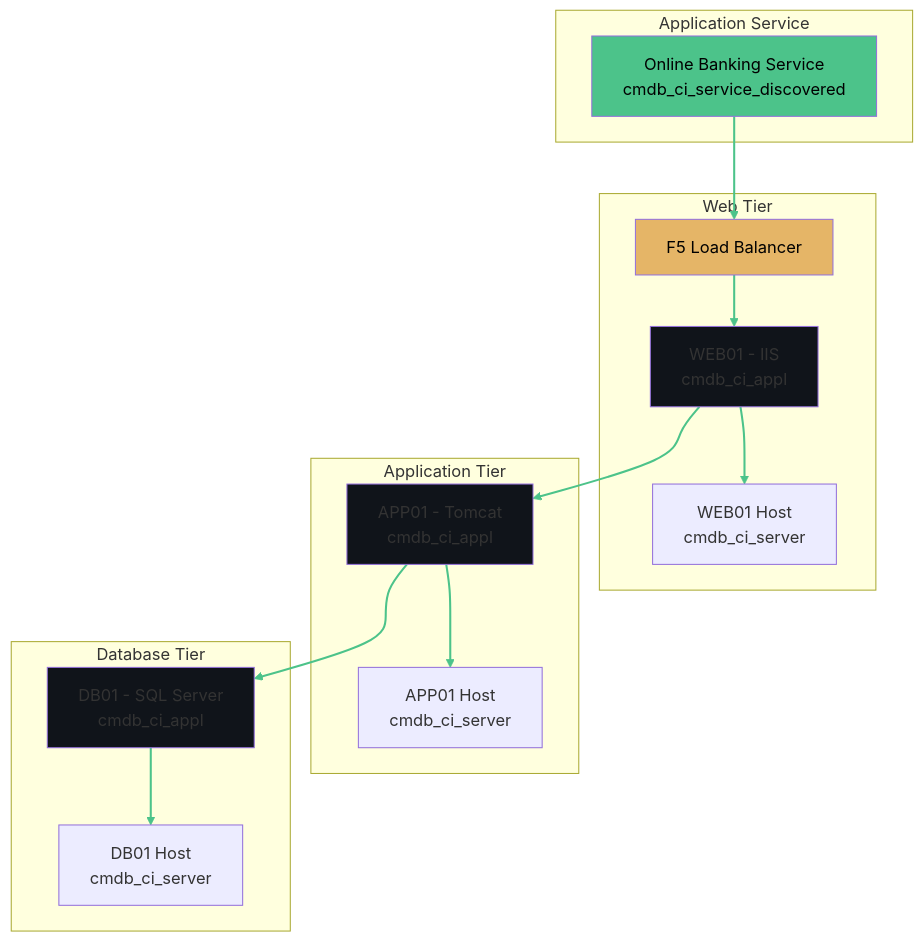
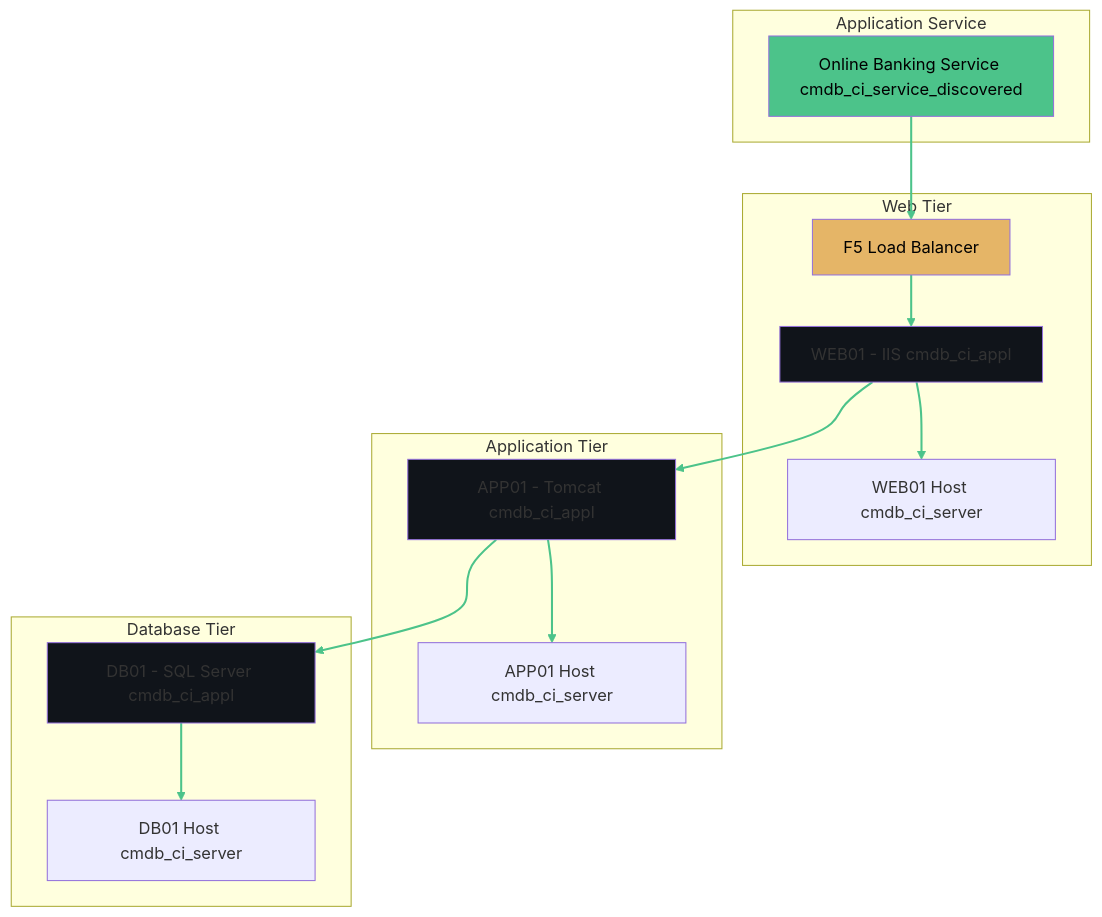
Before and after one commit to eltonaguiar/ServiceNow_Learning_TSOM-_CSM_FSM_SalesCRM_HAM_ITSM: the second of 5 diagrams in docs/modules/servicemapping/servicemapping-guide.md, drawn with Mermaid. The commit also changed other lines of this file and 11 other files, not shown here.

First line of the commit message:
Fix all mermaid diagrams: remove br/ tags that break rendering on GitHub Pages

````diff
--- a/docs/modules/servicemapping/servicemapping-guide.md
+++ b/docs/modules/servicemapping/servicemapping-guide.md
@@ -170,39 +170,39 @@
 ```mermaid
 graph TD
     subgraph "Application Service"
-        svc[Online Banking Service<br/>cmdb_ci_service_discovered]
+        svc[Online Banking Service cmdb_ci_service_discovered]
     end
     
     subgraph "Web Tier"
         f5[F5 Load Balancer]
-        web[WEB01 - IIS<br/>cmdb_ci_appl]
-        web_server[WEB01 Host<br/>cmdb_ci_server]
+        web[WEB01 - IIS cmdb_ci_appl]
+        web_server[WEB01 Host cmdb_ci_server]
     end
     
     subgraph "Application Tier"
-        app[APP01 - Tomcat<br/>cmdb_ci_appl]
-        app_server[APP01 Host<br/>cmdb_ci_server]
+        app[APP01 - Tomcat cmdb_ci_appl]
+        app_server[APP01 Host cmdb_ci_server]
     end
     
     subgraph "Database Tier"
-        db[DB01 - SQL Server<br/>cmdb_ci_appl]
-        db_server[DB01 Host<br/>cmdb_ci_server]
+        db[DB01 - SQL Server cmdb_ci_appl]
+        db_server[DB01 Host cmdb_ci_server]
     end
 
     svc --> f5
     f5 --> web
     web --> web_server
     web --> app
     app --> app_server
     app --> db
     db --> db_server
 
     style svc fill:#4cc38a,color:#000
     style f5 fill:#e5b567,color:#000
     style web fill:#10141a
     style app fill:#10141a
     style db fill:#10141a
 
     linkStyle default stroke:#4cc38a,stroke-width:2px
 
 ```
````
